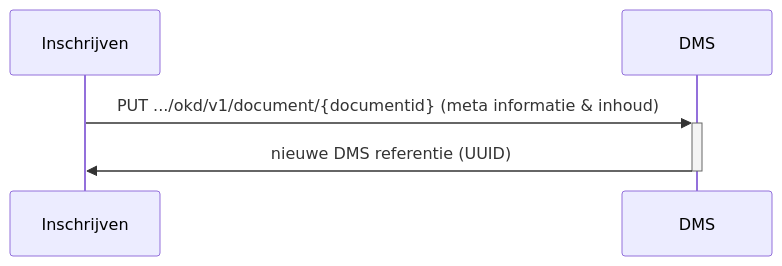
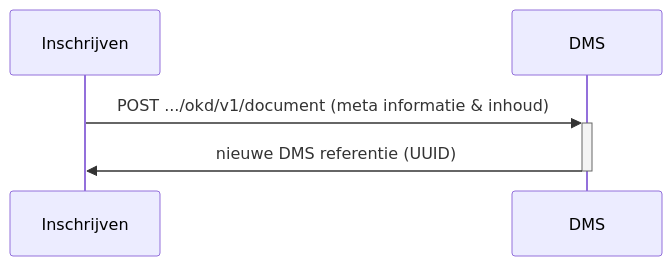
The first of 4 diagrams in doc/flow-1.md (Onderwijs-Koppelingen-OKx/OKD-Document-Management), drawn with Mermaid before and after one commit. The commit also changed other lines of this file and 2 other files, not shown here.

````diff
--- a/doc/flow-1.md
+++ b/doc/flow-1.md
@@ -7,9 +7,9 @@
 ```mermaid
 sequenceDiagram
     Participant Inschrijven
     Participant DMS
 
-    Inschrijven->>+DMS: PUT .../okd/v1/document/{documentid} (meta informatie & inhoud)
+    Inschrijven->>+DMS: POST .../okd/v1/document (meta informatie & inhoud)
     DMS->>-Inschrijven: nieuwe DMS referentie (UUID)
 
 ```
````
